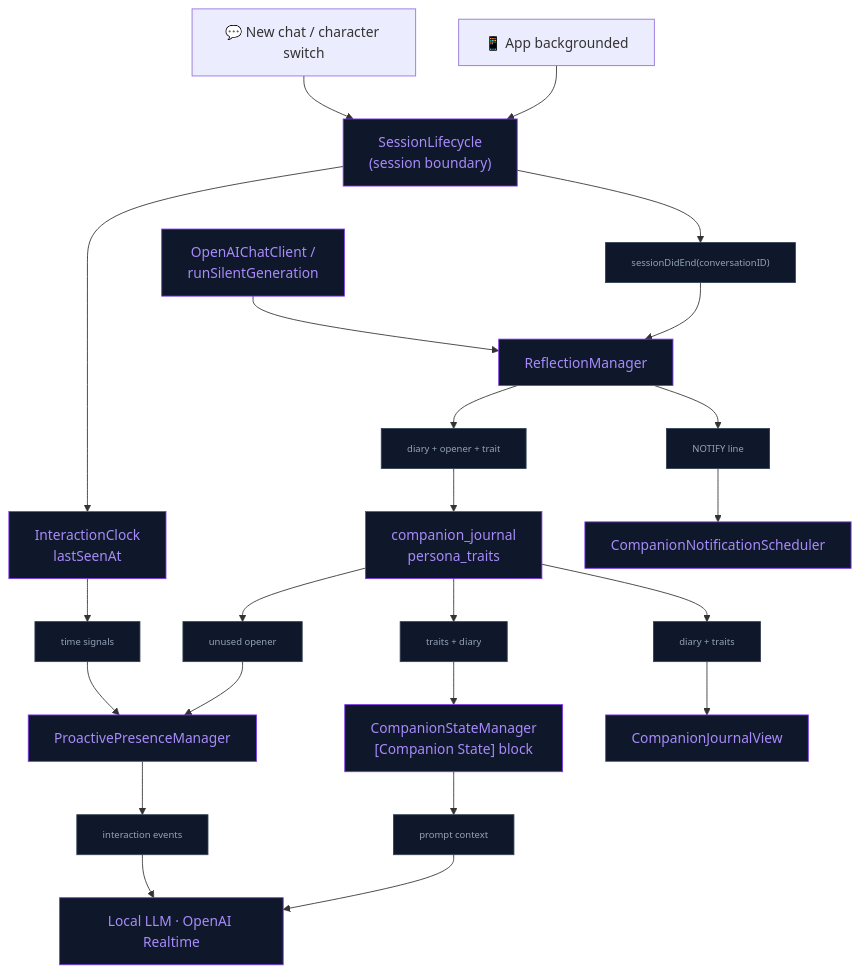
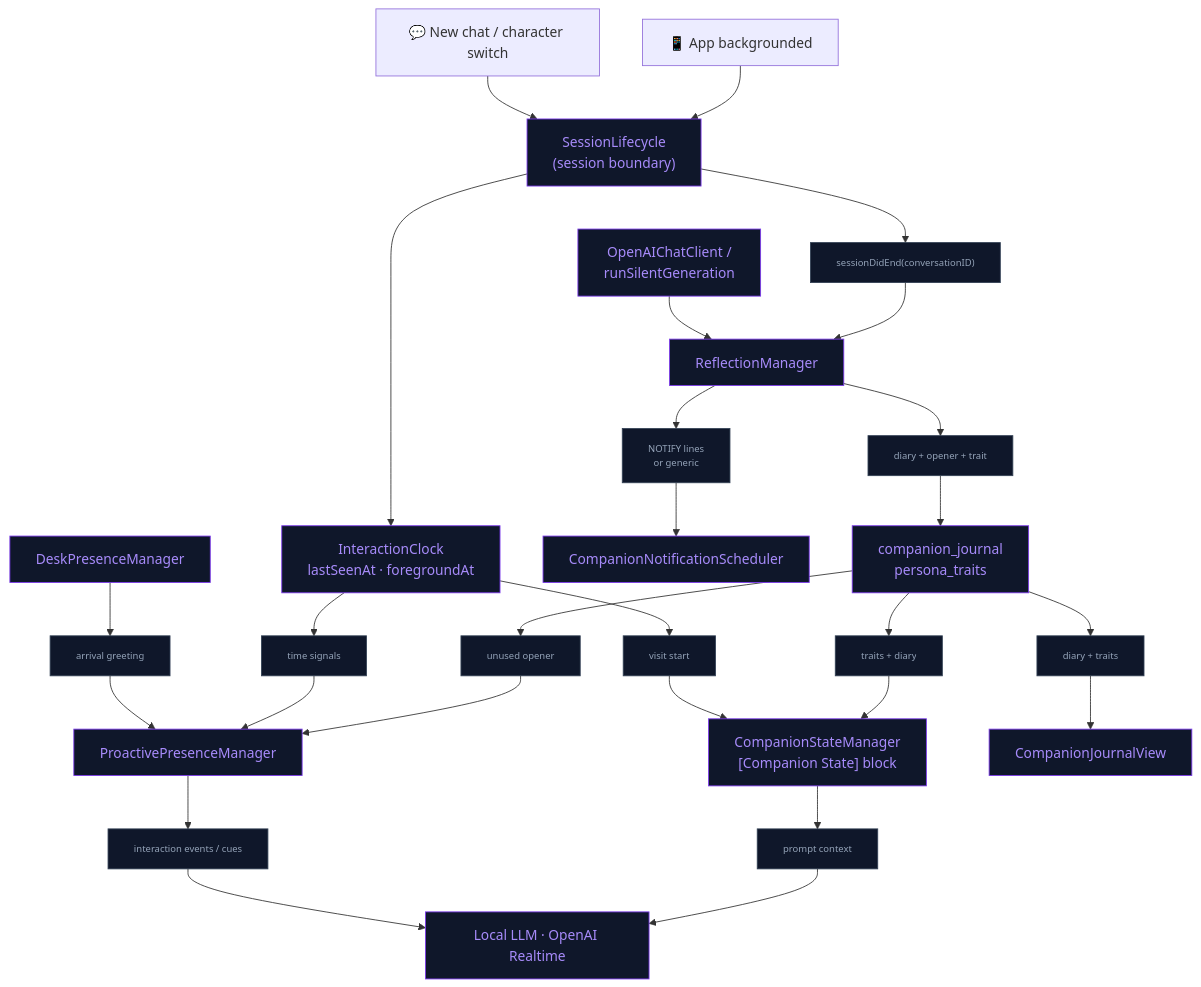
One commit to kevinliddel/NeuraLink changed the first of 3 diagrams in docs/Companion/LIVING_COMPANION.md. Above: the diagram before and after it, drawn with Mermaid. The commit also changed other lines of this file and 21 other files, not shown here.

````diff
--- a/docs/Companion/LIVING_COMPANION.md
+++ b/docs/Companion/LIVING_COMPANION.md
@@ -543,30 +608,32 @@
 ```mermaid
 flowchart TD
     BG["📱 App backgrounded"] --> LC
     NEW["💬 New chat / character switch"] --> LC
 
-    LC["SessionLifecycle<br/>(session boundary)"] --> CLK["InteractionClock<br/>lastSeenAt"]
+    LC["SessionLifecycle<br/>(session boundary)"] --> CLK["InteractionClock<br/>lastSeenAt · foregroundAt"]
     LC --> D1["sessionDidEnd(conversationID)"] --> REFL["ReflectionManager"]
     HTTP["OpenAIChatClient /<br/>runSilentGeneration"] --> REFL
 
     REFL --> D2["diary + opener + trait"] --> SQL["companion_journal<br/>persona_traits"]
-    REFL --> D3["NOTIFY line"] --> NOTIF["CompanionNotificationScheduler"]
+    REFL --> D3["NOTIFY lines<br/>or generic"] --> NOTIF["CompanionNotificationScheduler"]
 
     SQL --> D4["traits + diary"] --> CSM["CompanionStateManager<br/>[Companion State] block"]
+    CLK --> D10["visit start"] --> CSM
     SQL --> D5["unused opener"] --> PPM["ProactivePresenceManager"]
     CLK --> D6["time signals"] --> PPM
+    DESK["DeskPresenceManager"] --> D11["arrival greeting"] --> PPM
     SQL --> D7["diary + traits"] --> JUI["CompanionJournalView"]
 
     CSM --> D8["prompt context"] --> ENG["Local LLM · OpenAI Realtime"]
-    PPM --> D9["interaction events"] --> ENG
+    PPM --> D9["interaction events / cues"] --> ENG
 
     %% Styles
     classDef core fill:#0f172a,stroke:#7c3aed,color:#a78bfa
     classDef decision fill:#1e293b,stroke:#94a3b8,color:#e2e8f0
 
-    class LC,CLK,REFL,HTTP,SQL,NOTIF,CSM,PPM,JUI,ENG core
+    class LC,CLK,REFL,HTTP,SQL,NOTIF,CSM,PPM,DESK,JUI,ENG core
 
     %% Data nodes (consistent system-wide)
     classDef data fill:#0f172a,stroke:#334155,color:#94a3b8,font-size:11px
-    class D1,D2,D3,D4,D5,D6,D7,D8,D9 data
+    class D1,D2,D3,D4,D5,D6,D7,D8,D9,D10,D11 data
 ```
````
